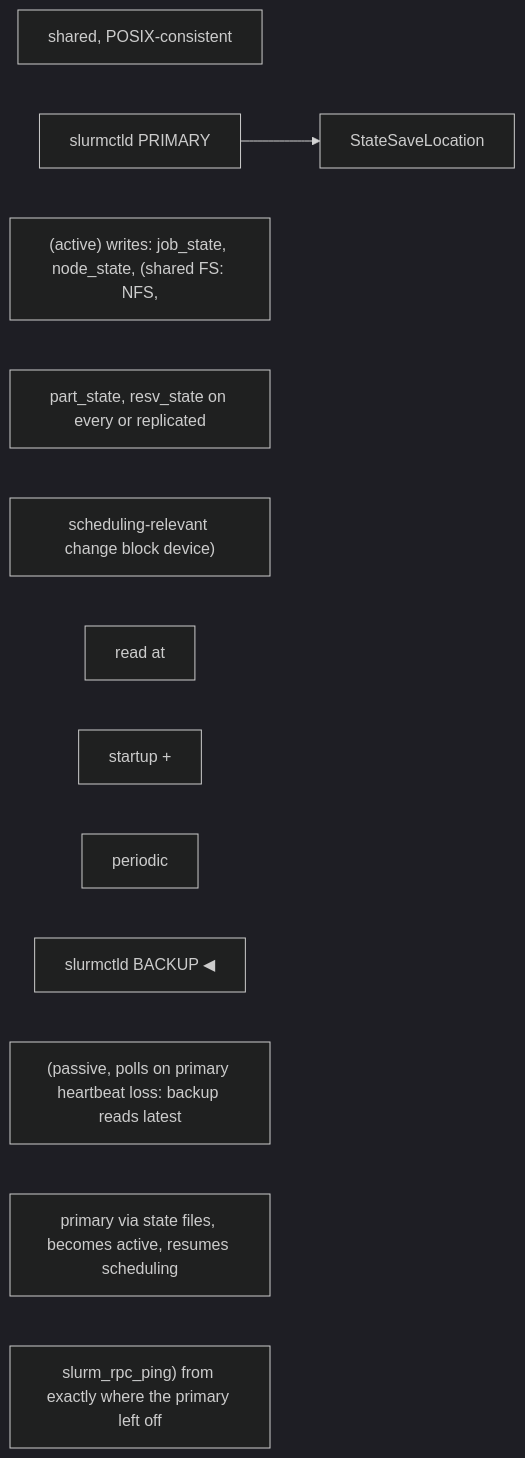
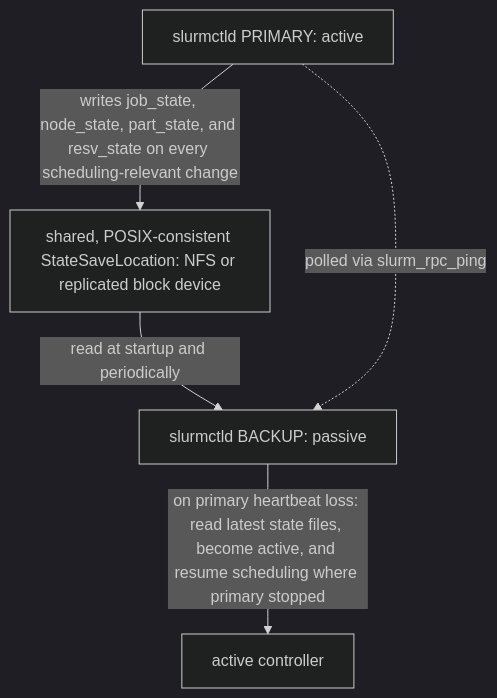
One commit to jithinpnjm/nvidia-devops changed the diagram in docs/volume-10/14-senior-deep-dive-2-slurm-ha-and-accounting-internals.md. Above: the diagram before and after it, drawn with Mermaid (dark theme). The commit also changed other lines of this file and 99 other files, not shown here.

````diff
--- a/docs/volume-10/14-senior-deep-dive-2-slurm-ha-and-accounting-internals.md
+++ b/docs/volume-10/14-senior-deep-dive-2-slurm-ha-and-accounting-internals.md
@@ -27,18 +27,7 @@
 ```mermaid
-flowchart LR
-  %% Converted from the original ASCII diagram; source wording is preserved.
-  n0["shared, POSIX-consistent"]
-  n1["slurmctld PRIMARY"]
-  n2["StateSaveLocation"]
-  n3["(active) writes: job_state, node_state, (shared FS: NFS,"]
-  n4["part_state, resv_state on every or replicated"]
-  n5["scheduling-relevant change block device)"]
-  n6["read at"]
-  n7["startup +"]
-  n8["periodic"]
-  n9["slurmctld BACKUP ◀"]
-  n10["(passive, polls on primary heartbeat loss: backup reads latest"]
-  n11["primary via state files, becomes active, resumes scheduling"]
-  n12["slurm_rpc_ping) from exactly where the primary left off"]
-  n1 --> n2
+flowchart TD
+  Primary["slurmctld PRIMARY: active"] -->|"writes job_state, node_state, part_state, and resv_state on every scheduling-relevant change"| State["shared, POSIX-consistent StateSaveLocation: NFS or replicated block device"]
+  State -->|"read at startup and periodically"| Backup["slurmctld BACKUP: passive"]
+  Primary -.->|"polled via slurm_rpc_ping"| Backup
+  Backup -->|"on primary heartbeat loss: read latest state files, become active, and resume scheduling where primary stopped"| Active["active controller"]
 ```
````
